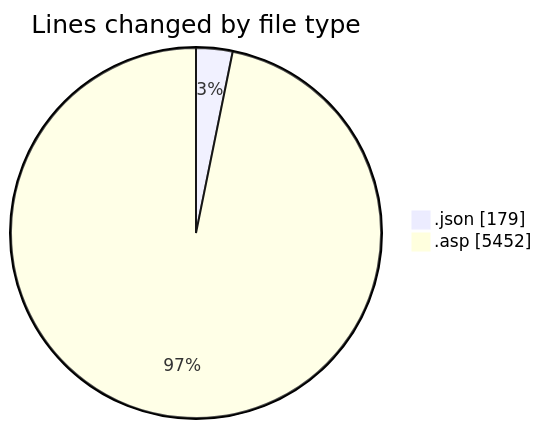
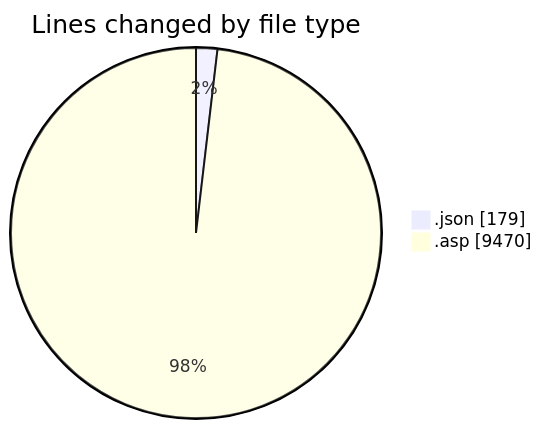
The first of 2 diagrams in 2025-11-17/cdp_aleoudev_fr__workspace_/README.md (julien-gomy/code-tracking), drawn with Mermaid before and after one commit. The commit also changed other lines of this file and 1 other file, not shown here.

````diff
--- a/2025-11-17/cdp_aleoudev_fr__workspace_/README.md
+++ b/2025-11-17/cdp_aleoudev_fr__workspace_/README.md
@@ -27,6 +29,6 @@
 ```mermaid
 pie showData
 title Lines changed by file type
 ".json" : 179
-".asp" : 5452
+".asp" : 9470
 ```
````
